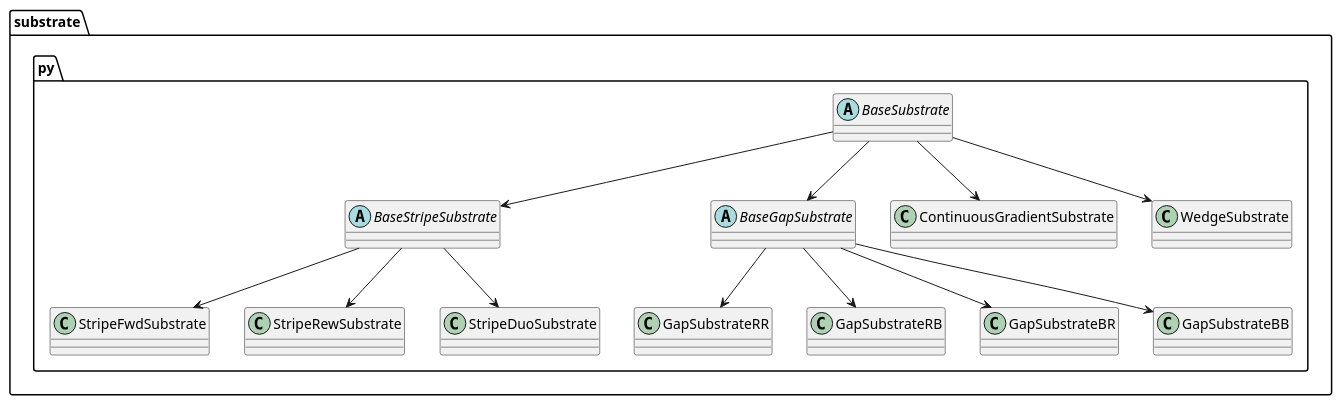
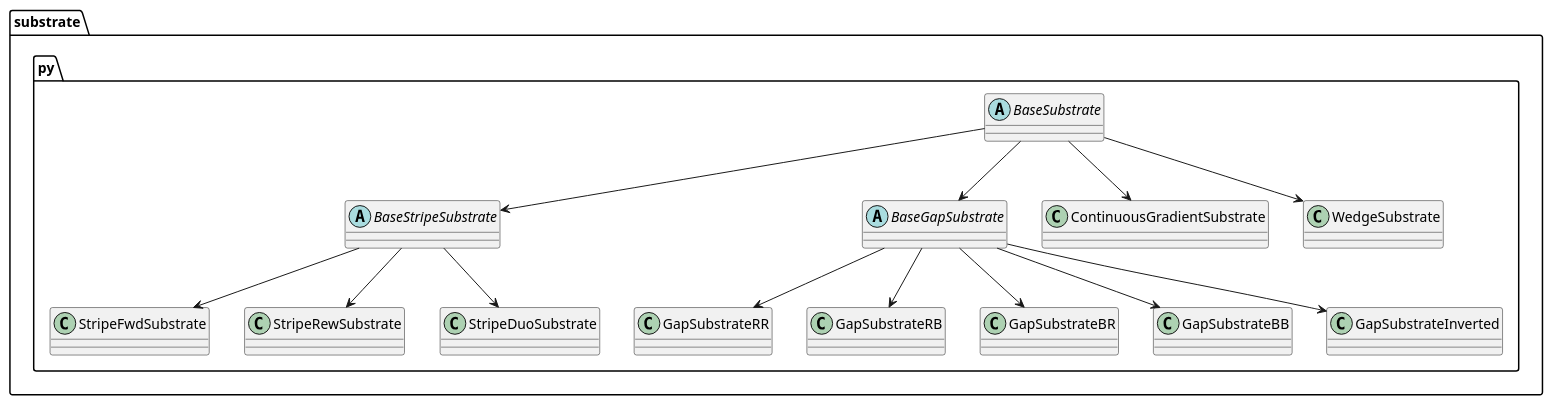
Before and after one commit to yavuzkaraca/Topographic-Projection-Sim: the second of 2 diagrams in docs/diagram/diagram.puml, drawn with PlantUML. The commit also changed 2 other files, not shown here.

```diff
--- a/docs/diagram/diagram.puml
+++ b/docs/diagram/diagram.puml
@@ -41,35 +41,37 @@
 @startuml Substrate
 package substrate.py{
     abstract class BaseSubstrate
     abstract class BaseStripeSubstrate
     abstract class BaseGapSubstrate
     class ContinuousGradientSubstrate
     class WedgeSubstrate
     class StripeFwdSubstrate
     class StripeRewSubstrate
     class StripeDuoSubstrate
     class GapSubstrateRR
     class GapSubstrateRB
     class GapSubstrateBR
     class GapSubstrateBB
+    class GapSubstrateInverted
 }
 
 BaseStripeSubstrate --> StripeDuoSubstrate
 BaseStripeSubstrate --> StripeRewSubstrate
 BaseStripeSubstrate --> StripeFwdSubstrate
 
 BaseSubstrate --> BaseStripeSubstrate
 
 BaseSubstrate --> WedgeSubstrate
 BaseSubstrate --> ContinuousGradientSubstrate
 
 
 BaseGapSubstrate --> GapSubstrateBB
 BaseGapSubstrate --> GapSubstrateBR
 BaseGapSubstrate --> GapSubstrateRB
 BaseGapSubstrate --> GapSubstrateRR
+BaseGapSubstrate --> GapSubstrateInverted
 
 BaseSubstrate --> BaseGapSubstrate
 
 
 @enduml
```
